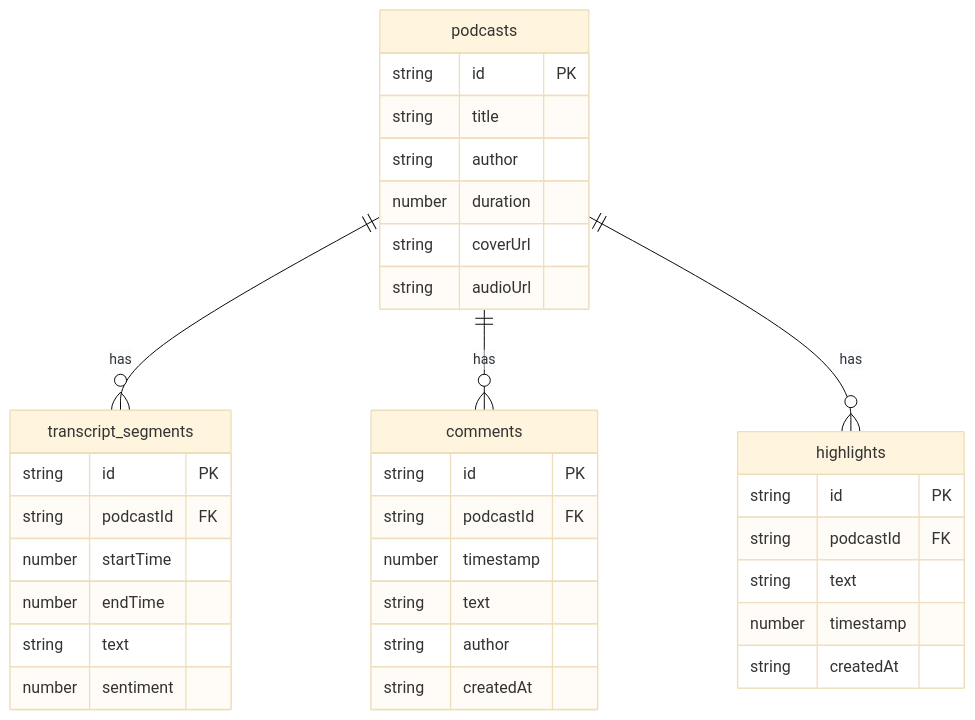
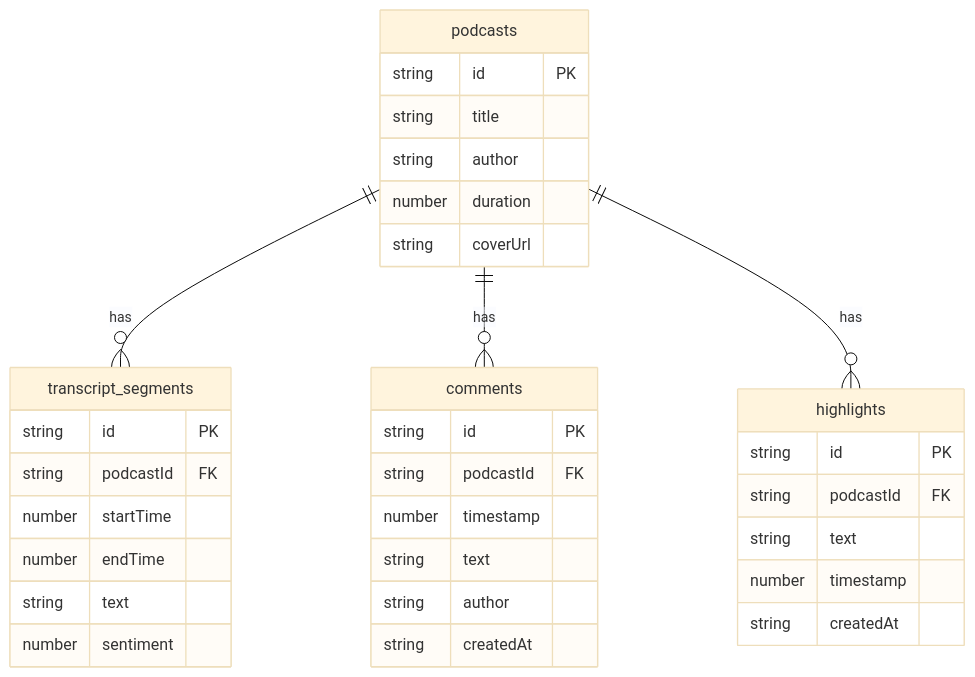
The third of 3 diagrams in cp1_6.14_auto65/.trae/documents/technical-architecture.md (NUDT-ZSL/Solo), drawn with Mermaid (base theme) before and after one commit. The commit also changed other lines of this file and 13 other files, not shown here.

````diff
--- a/cp1_6.14_auto65/.trae/documents/technical-architecture.md
+++ b/cp1_6.14_auto65/.trae/documents/technical-architecture.md
@@ -125,37 +166,36 @@
 ```mermaid
 erDiagram
     "podcasts" {
         string id PK
         string title
         string author
         number duration
         string coverUrl
-        string audioUrl
     }
     "transcript_segments" {
         string id PK
         string podcastId FK
         number startTime
         number endTime
         string text
         number sentiment
     }
     "comments" {
         string id PK
         string podcastId FK
         number timestamp
         string text
         string author
         string createdAt
     }
     "highlights" {
         string id PK
         string podcastId FK
         string text
         number timestamp
         string createdAt
     }
     "podcasts" ||--o{ "transcript_segments" : "has"
     "podcasts" ||--o{ "comments" : "has"
     "podcasts" ||--o{ "highlights" : "has"
 ```
````
